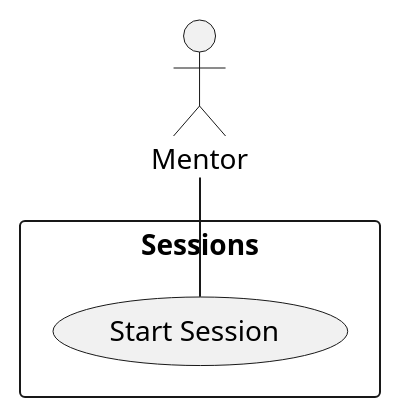
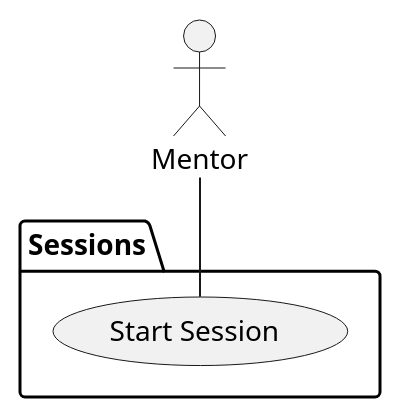
Before and after one commit to bmb0136/COMP-3700-Project: the diagram in Use Cases/StartSession.iuml, drawn with PlantUML. The commit also changed 24 other files, not shown here.

```diff
--- a/Use Cases/StartSession.iuml
+++ b/Use Cases/StartSession.iuml
@@ -1,7 +1,7 @@
 @startuml StartSession
 actor :Mentor:
-rectangle "Sessions" {
+package "Sessions" {
   (Start Session) as Start
 }
 Mentor -- Start
 @enduml
```
